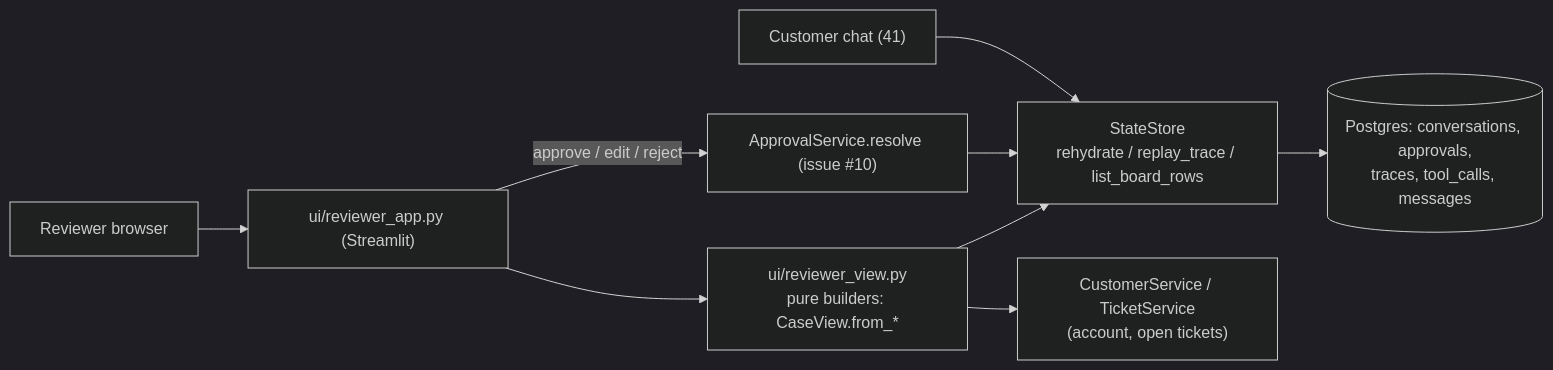
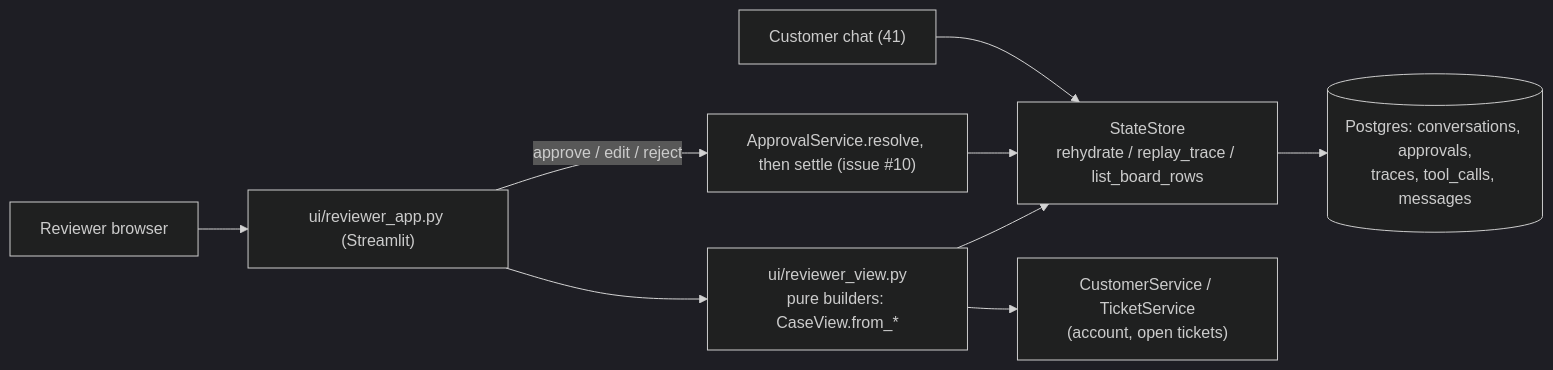
The diagram in docs/plans/42-reviewer_escalation_board_view/design.md (yaara-manor/cato-networks), drawn with Mermaid (dark theme) before and after one commit. The commit also changed other lines of this file, not shown here.

````diff
--- a/docs/plans/42-reviewer_escalation_board_view/design.md
+++ b/docs/plans/42-reviewer_escalation_board_view/design.md
@@ -22,11 +22,11 @@
 ```mermaid
 flowchart LR
     Rev["Reviewer browser"] --> App["ui/reviewer_app.py (Streamlit)"]
     App --> View["ui/reviewer_view.py\npure builders: CaseView.from_*"]
     View --> SS["StateStore\nrehydrate / replay_trace / list_board_rows"]
     View --> Svc["CustomerService / TicketService\n(account, open tickets)"]
-    App -- "approve / edit / reject" --> Life["ApprovalService.resolve (issue #10)"]
+    App -- "approve / edit / reject" --> Life["ApprovalService.resolve, then settle (issue #10)"]
     Life --> SS
     SS --> PG[("Postgres: conversations, approvals,\ntraces, tool_calls, messages")]
     Cust["Customer chat (41)"] --> SS
 ```
````
